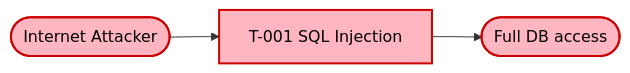
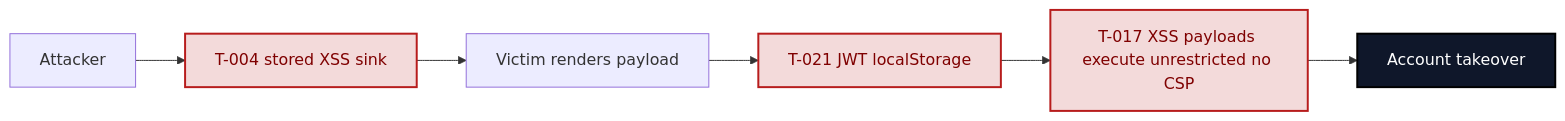
Before and after one commit to appsec-foundry/appsec-advisor: the sixth of 16 diagrams in examples/threat-modeler/threat-model-juice-shop-thorough.md, drawn with Mermaid. The commit also changed other lines of this file and 10 other files, not shown here.

````diff
--- a/examples/threat-modeler/threat-model-juice-shop-thorough.md
+++ b/examples/threat-modeler/threat-model-juice-shop-thorough.md
@@ -271,6 +574,12 @@
 ```mermaid
 graph LR
-    classDef crit fill:#FFB6C1,stroke:#c00,color:#000,stroke-width:2px
-    A0(["Internet Attacker"]):::crit --> A1["T-001 SQL Injection"]:::crit
-    A1 --> A2(["Full DB access"]):::crit
+    A[Attacker] --> B[T-004 stored XSS sink]
+    B --> C[Victim renders payload]
+    C --> D[T-021 JWT localStorage]
+    D --> E[T-017 XSS payloads execute unrestricted no CSP]
+    E --> F[Account takeover]
+    classDef risk fill:#f3dada,stroke:#b71c1c,color:#7f0000,stroke-width:2px
+    classDef impact fill:#0f172a,stroke:#000,color:#fff,stroke-width:2px
+    class B,D,E risk
+    class F impact
 ```
````
